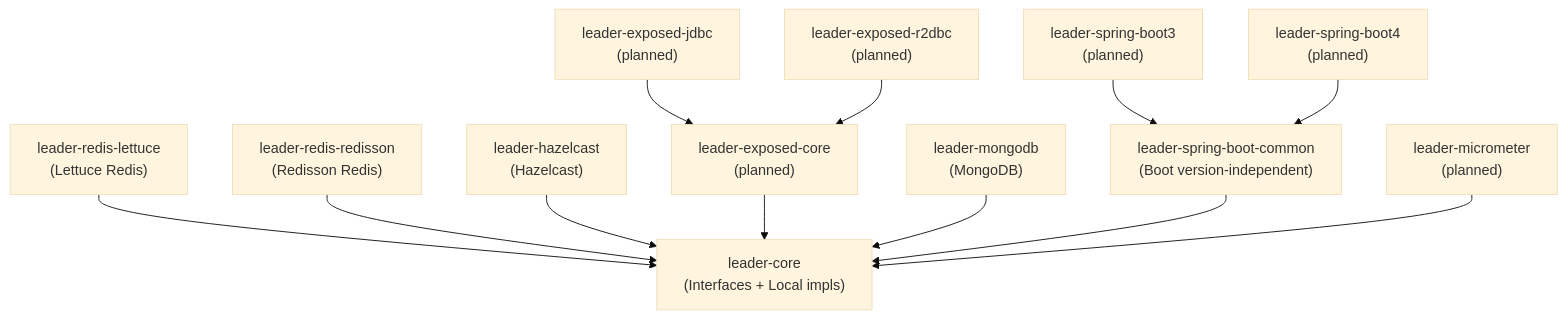
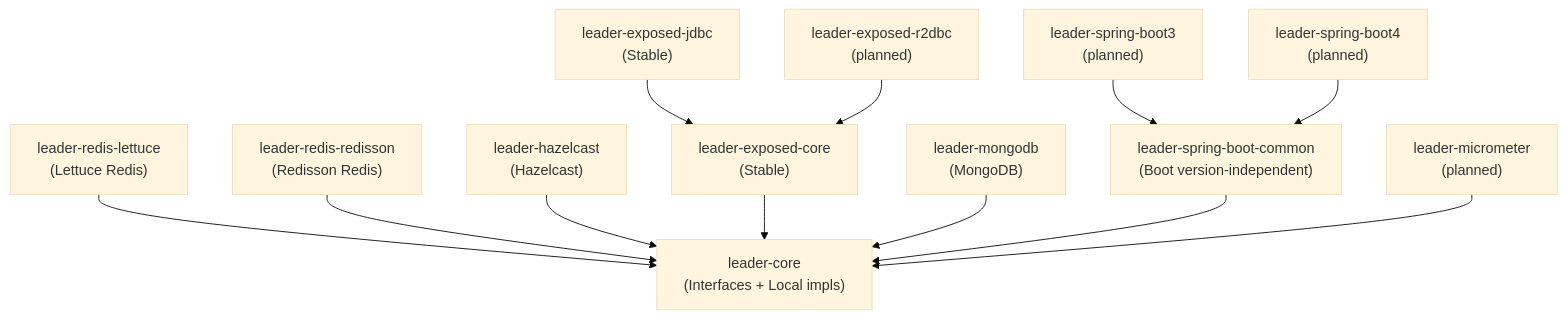
The first of 3 diagrams in README.md (bluetape4k/bluetape4k-leader), drawn with Mermaid (base theme) before and after one commit. The commit also changed other lines of this file and 27 other files, not shown here.

First line of the commit message:
feat: leader-exposed-jdbc 모듈 구현 (Issue #21) (#52)

````diff
--- a/README.md
+++ b/README.md
@@ -25,27 +25,27 @@
 ```mermaid
 graph TD
     Core["leader-core\n(Interfaces + Local impls)"]
     Lettuce["leader-redis-lettuce\n(Lettuce Redis)"]
     Redisson["leader-redis-redisson\n(Redisson Redis)"]
     Hazelcast["leader-hazelcast\n(Hazelcast)"]
-    ExposedCore["leader-exposed-core\n(planned)"]
-    ExposedJdbc["leader-exposed-jdbc\n(planned)"]
+    ExposedCore["leader-exposed-core\n(Stable)"]
+    ExposedJdbc["leader-exposed-jdbc\n(Stable)"]
     ExposedR2dbc["leader-exposed-r2dbc\n(planned)"]
     Mongo["leader-mongodb\n(MongoDB)"]
     SBCommon["leader-spring-boot-common\n(Boot version-independent)"]
     SB3["leader-spring-boot3\n(planned)"]
     SB4["leader-spring-boot4\n(planned)"]
     Metrics["leader-micrometer\n(planned)"]
 
     Lettuce --> Core
     Redisson --> Core
     Hazelcast --> Core
     ExposedCore --> Core
     ExposedJdbc --> ExposedCore
     ExposedR2dbc --> ExposedCore
     Mongo --> Core
     SBCommon --> Core
     SB3 --> SBCommon
     SB4 --> SBCommon
     Metrics --> Core
 ```
````
